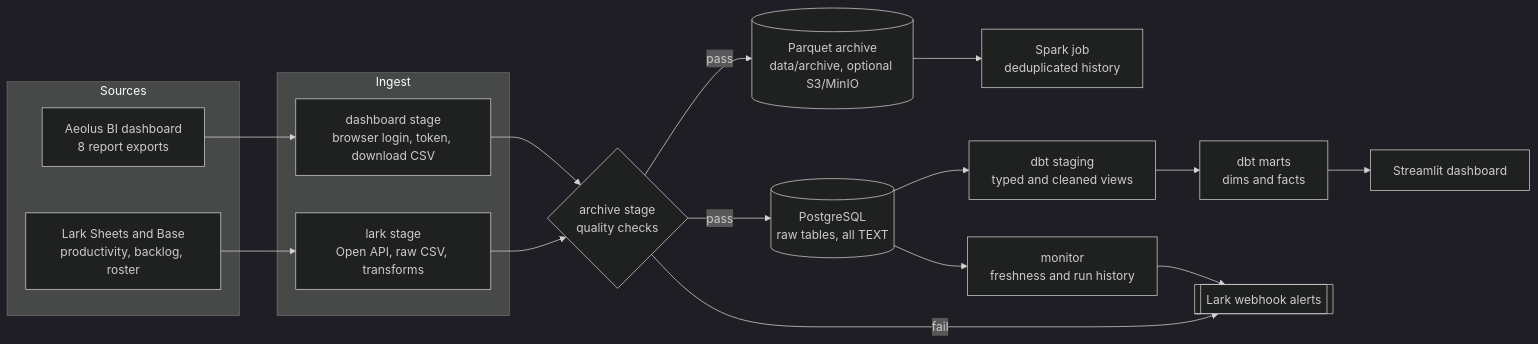
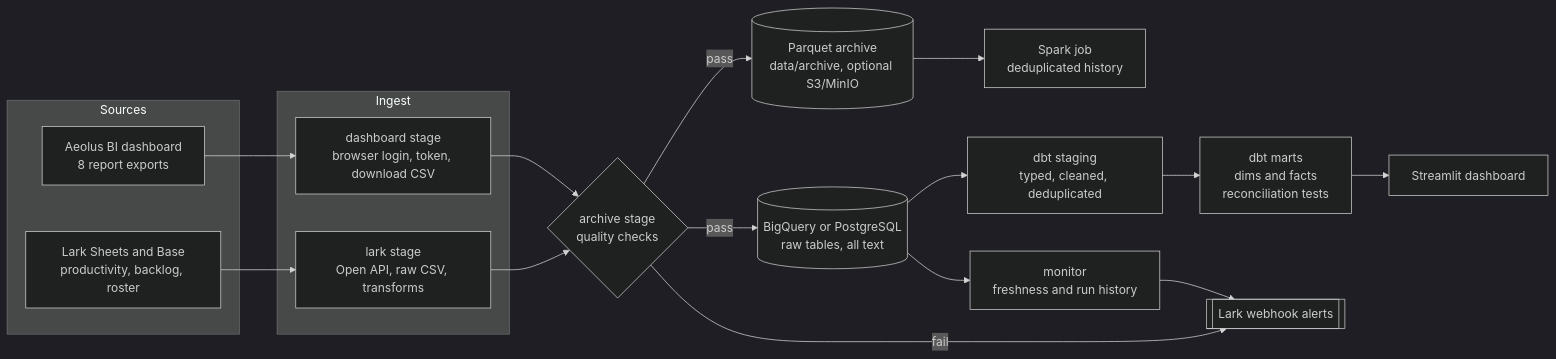
One commit to chaukydang/cs-ops-etl-pipeline changed the diagram in README.md. Above: the diagram before and after it, drawn with Mermaid (dark theme). The commit also changed other lines of this file and 5 other files, not shown here.

Commit message:
Docs: reposition README, add data model, runbook, security and BigQuery pages

````diff
--- a/README.md
+++ b/README.md
@@ -5,31 +5,31 @@
 ```mermaid
 flowchart LR
     subgraph Sources
         A[Aeolus BI dashboard<br/>8 report exports]
         L[Lark Sheets and Base<br/>productivity, backlog, roster]
     end
 
     subgraph Ingest
         D[dashboard stage<br/>browser login, token, download CSV]
         K[lark stage<br/>Open API, raw CSV, transforms]
     end
 
     Q{archive stage<br/>quality checks}
     P[(Parquet archive<br/>data/archive, optional S3/MinIO)]
-    R[(PostgreSQL<br/>raw tables, all TEXT)]
-    S[dbt staging<br/>typed and cleaned views]
-    M[dbt marts<br/>dims and facts]
+    R[(BigQuery or PostgreSQL<br/>raw tables, all text)]
+    S[dbt staging<br/>typed, cleaned, deduplicated]
+    M[dbt marts<br/>dims and facts<br/>reconciliation tests]
     H[Spark job<br/>deduplicated history]
     B[Streamlit dashboard]
     O[monitor<br/>freshness and run history]
     N[[Lark webhook alerts]]
 
     A --> D --> Q
     L --> K --> Q
     Q -- pass --> P
     Q -- pass --> R
     Q -- fail --> N
     P --> H
     R --> S --> M --> B
     R --> O --> N
 ```
````
